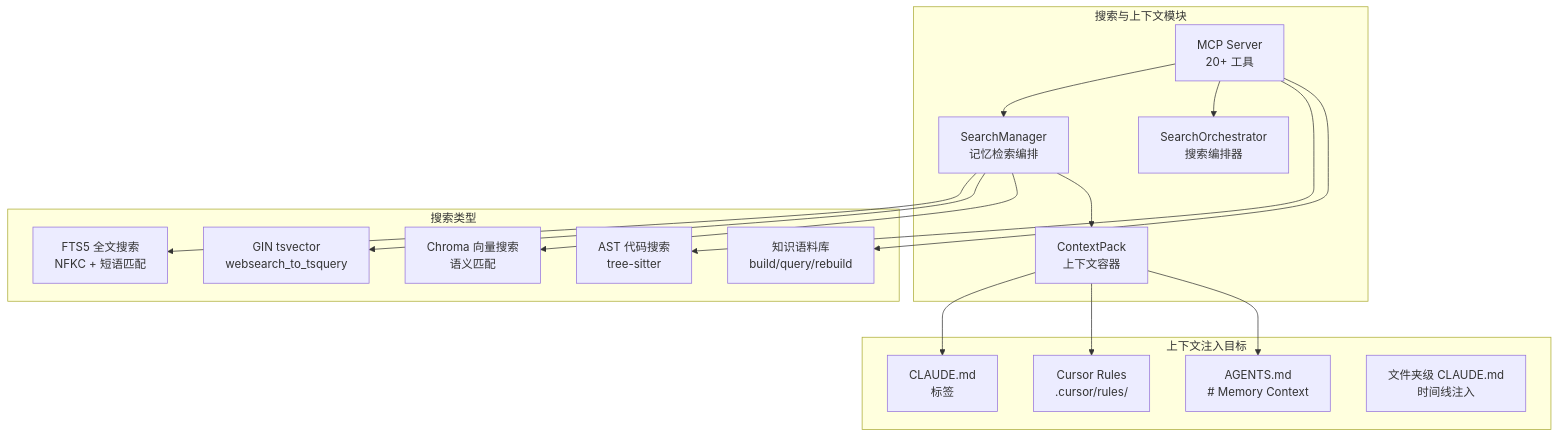
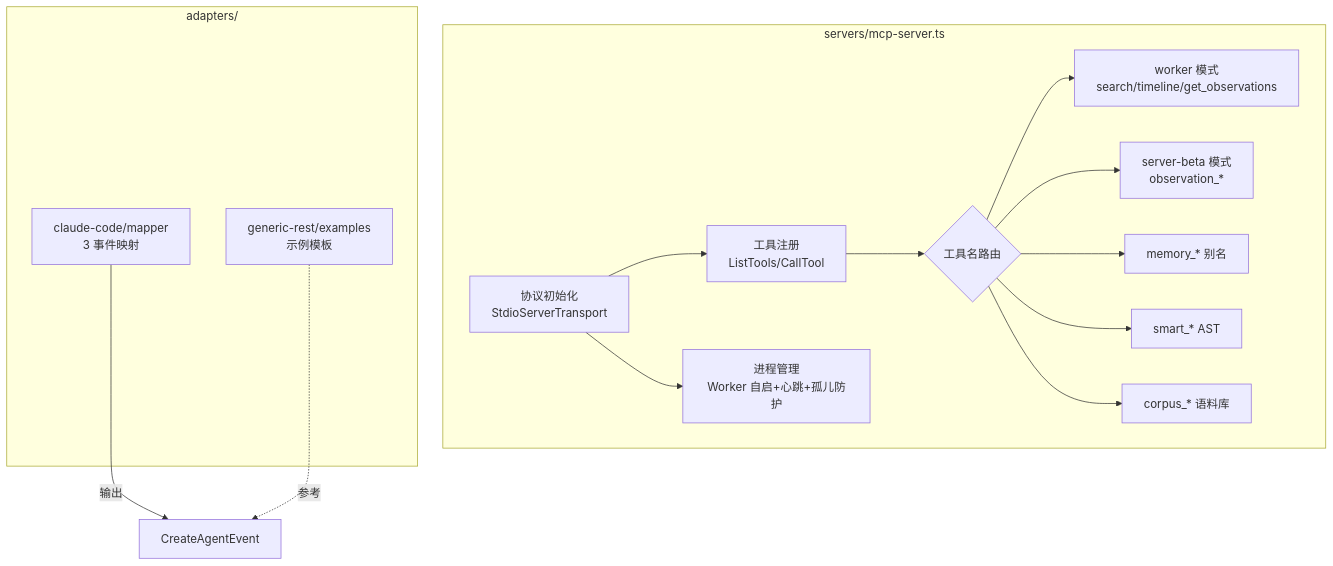
Before and after one commit to sharesdoc/claude-mem: the eighth of 14 diagrams in doc/B-系统设计文档.md, drawn with Mermaid. The commit also changed other lines of this file and 22 other files, not shown here.

````diff
--- a/doc/B-系统设计文档.md
+++ b/doc/B-系统设计文档.md
@@ -472,29 +530,25 @@
 ```mermaid
 flowchart TB
-    subgraph Search["搜索与上下文模块"]
-        SM["SearchManager<br/>记忆检索编排"]
-        MCP_SRV["MCP Server<br/>20+ 工具"]
-        SO["SearchOrchestrator<br/>搜索编排器"]
-        CP["ContextPack<br/>上下文容器"]
+    subgraph mcp["servers/mcp-server.ts"]
+        INIT["协议初始化<br/>StdioServerTransport"]
+        REG["工具注册<br/>ListTools/CallTool"]
+        ROUTE{工具名路由}
+        WM["worker 模式<br/>search/timeline/get_observations"]
+        SBM["server-beta 模式<br/>observation_*"]
+        ALIAS["memory_* 别名"]
+        AST["smart_* AST"]
+        CORPUS["corpus_* 语料库"]
+        LIFE["进程管理<br/>Worker 自启+心跳+孤儿防护"]
     end
 
-    subgraph SearchTypes["搜索类型"]
-        FTS["FTS5 全文搜索<br/>NFKC + 短语匹配"]
-        GIN["GIN tsvector<br/>websearch_to_tsquery"]
-        SMART["AST 代码搜索<br/>tree-sitter"]
-        VECTOR["Chroma 向量搜索<br/>语义匹配"]
-        CORPUS["知识语料库<br/>build/query/rebuild"]
+    subgraph adapters["adapters/"]
+        CCMAP["claude-code/mapper<br/>3 事件映射"]
+        GREX["generic-rest/examples<br/>示例模板"]
     end
 
-    subgraph Inject["上下文注入目标"]
-        CLAUDE_MD["CLAUDE.md<br/><claude-mem-context> 标签"]
-        CURSOR["Cursor Rules<br/>.cursor/rules/"]
-        AGENTS["AGENTS.md<br/># Memory Context"]
-        FOLDER["文件夹级 CLAUDE.md<br/>时间线注入"]
-    end
-
-    SM --> FTS & GIN & VECTOR
-    SM --> CP
-    CP --> CLAUDE_MD & CURSOR & AGENTS
-    MCP_SRV --> SM & SO & SMART & CORPUS
+    INIT --> REG --> ROUTE
+    ROUTE --> WM & SBM & ALIAS & AST & CORPUS
+    INIT --> LIFE
+    CCMAP -->|"输出"| CAE["CreateAgentEvent"]
+    GREX -.->|"参考"| CAE
 ```
````
